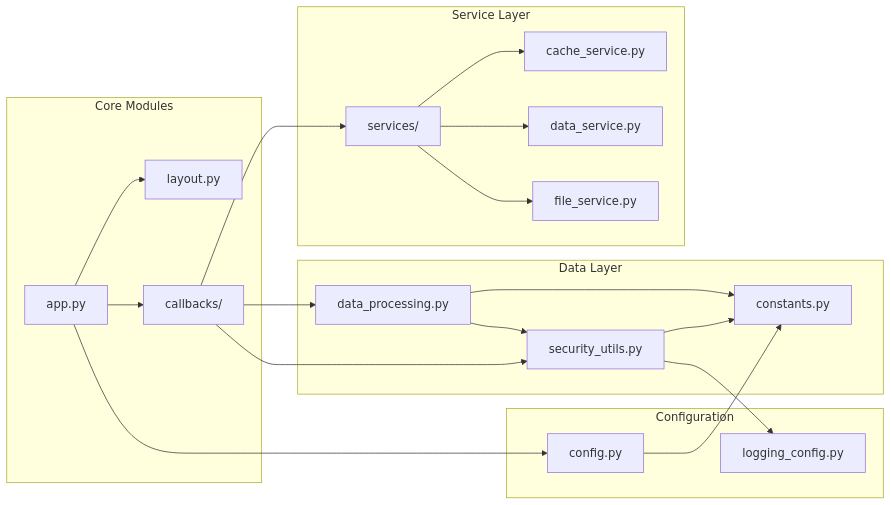
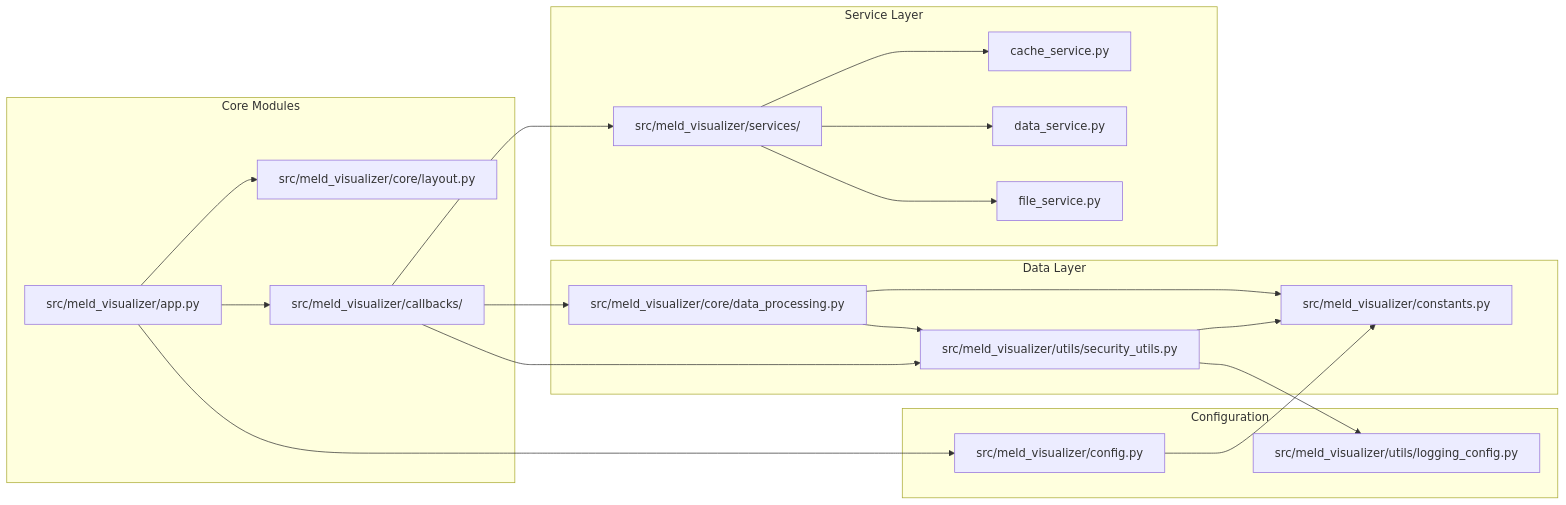
The fourth of 9 diagrams in docs/architecture/architecture.md (gregspruce/MELD_Visualizer), drawn with Mermaid before and after one commit. The commit also changed other lines of this file and 105 other files, not shown here.

````diff
--- a/docs/architecture/architecture.md
+++ b/docs/architecture/architecture.md
@@ -156,46 +156,46 @@
 ```mermaid
 graph LR
     subgraph "Core Modules"
-        App[app.py]
-        Layout[layout.py]
-        Callbacks[callbacks/]
+        App[src/meld_visualizer/app.py]
+        Layout[src/meld_visualizer/core/layout.py]
+        Callbacks[src/meld_visualizer/callbacks/]
     end
     
     subgraph "Data Layer"
-        DataProc[data_processing.py]
-        Security[security_utils.py]
-        Constants[constants.py]
+        DataProc[src/meld_visualizer/core/data_processing.py]
+        Security[src/meld_visualizer/utils/security_utils.py]
+        Constants[src/meld_visualizer/constants.py]
     end
     
     subgraph "Service Layer"
-        Services[services/]
+        Services[src/meld_visualizer/services/]
         Cache[cache_service.py]
         Data[data_service.py]
         File[file_service.py]
     end
     
     subgraph "Configuration"
-        Config[config.py]
-        Logging[logging_config.py]
+        Config[src/meld_visualizer/config.py]
+        Logging[src/meld_visualizer/utils/logging_config.py]
     end
     
     App --> Layout
     App --> Callbacks
     App --> Config
     
     Callbacks --> Services
     Callbacks --> DataProc
     Callbacks --> Security
     
     Services --> Cache
     Services --> Data
     Services --> File
     
     DataProc --> Constants
     DataProc --> Security
     
     Security --> Constants
     Security --> Logging
     
     Config --> Constants
 ```
````
